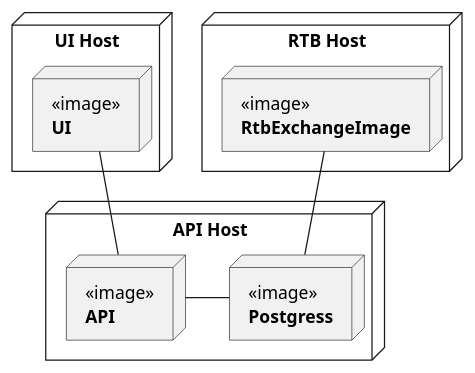
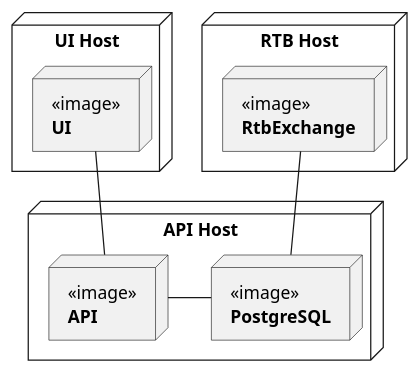
Before and after one commit to bwsw/simple-rtb-exchange: the diagram in diagrams/deployment.puml, drawn with PlantUML.

Commit message:
develop - diagram changed

```diff
--- a/diagrams/deployment.puml
+++ b/diagrams/deployment.puml
@@ -1,38 +1,38 @@
 @startuml
 
 node "API Host" {
 
     node APIImage [
         <<image>>
         <b>API</b>
     ]
 
-    node PostgressImage [
+    node PostgreSQLImage [
         <<image>>
-        <b>Postgress</b>
+        <b>PostgreSQL</b>
     ]
 
-    APIImage -left- PostgressImage
+    APIImage -left- PostgreSQLImage
 }
 
 node "UI Host" {
 
     node UIImage [
         <<image>>
         <b>UI</b>
     ]
 
     UIImage -- APIImage
 }
 
 
 node "RTB Host" {
 
     node RtbExchangeImage [
         <<image>>
-        <b>RtbExchangeImage</b>
+        <b>RtbExchange</b>
     ]
 }
-RtbExchangeImage -- PostgressImage
+RtbExchangeImage -- PostgreSQLImage
 
 @enduml
```
